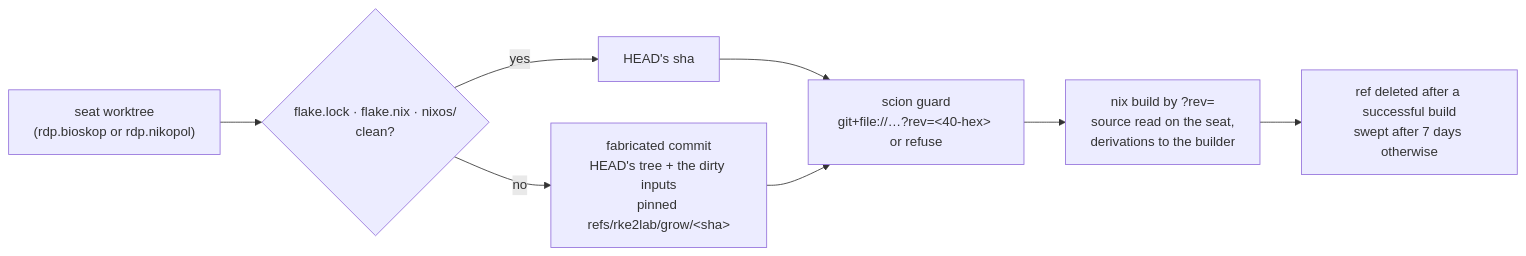
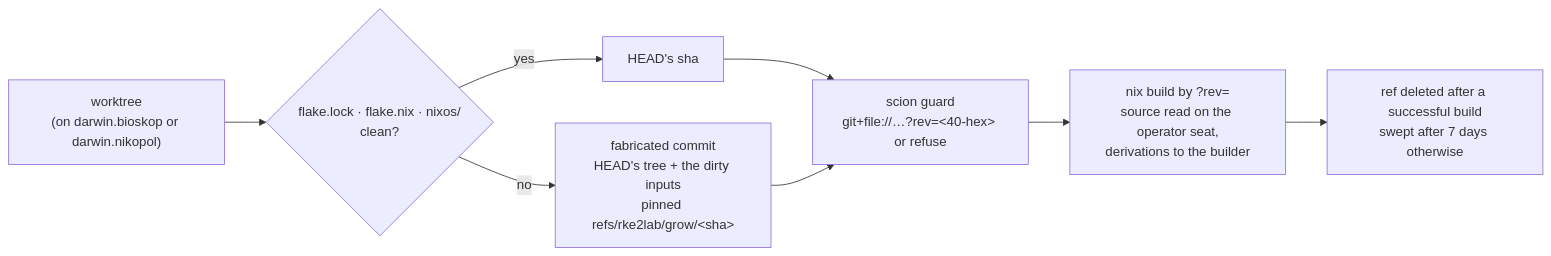
Before and after one commit to seedmatic/rke2lab: the first of 2 diagrams in docs/architecture/osgi/incus-edge-spec.adoc, drawn with Mermaid. The commit also changed other lines of this file and 32 other files, not shown here.

```diff
--- a/docs/architecture/osgi/incus-edge-spec.adoc
+++ b/docs/architecture/osgi/incus-edge-spec.adoc
@@ -122,15 +123,15 @@
 [mermaid]
 ....
 flowchart LR
-  SEAT["seat worktree<br/>(rdp.bioskop or rdp.nikopol)"]
+  WT["worktree<br/>(on darwin.bioskop or darwin.nikopol)"]
   CLEAN{"flake.lock · flake.nix · nixos/<br/>clean?"}
   HEAD["HEAD's sha"]
   FAB["fabricated commit<br/>HEAD's tree + the dirty inputs<br/>pinned refs/rke2lab/grow/&lt;sha&gt;"]
   GUARD["scion guard<br/>git+file://…?rev=&lt;40-hex&gt; or refuse"]
-  NIX["nix build by ?rev=<br/>source read on the seat,<br/>derivations to the builder"]
+  NIX["nix build by ?rev=<br/>source read on the operator seat,<br/>derivations to the builder"]
   DROP["ref deleted after a successful build<br/>swept after 7 days otherwise"]
-  SEAT --> CLEAN
+  WT --> CLEAN
   CLEAN -- yes --> HEAD --> GUARD
   CLEAN -- no --> FAB --> GUARD
   GUARD --> NIX --> DROP
 ....
```
